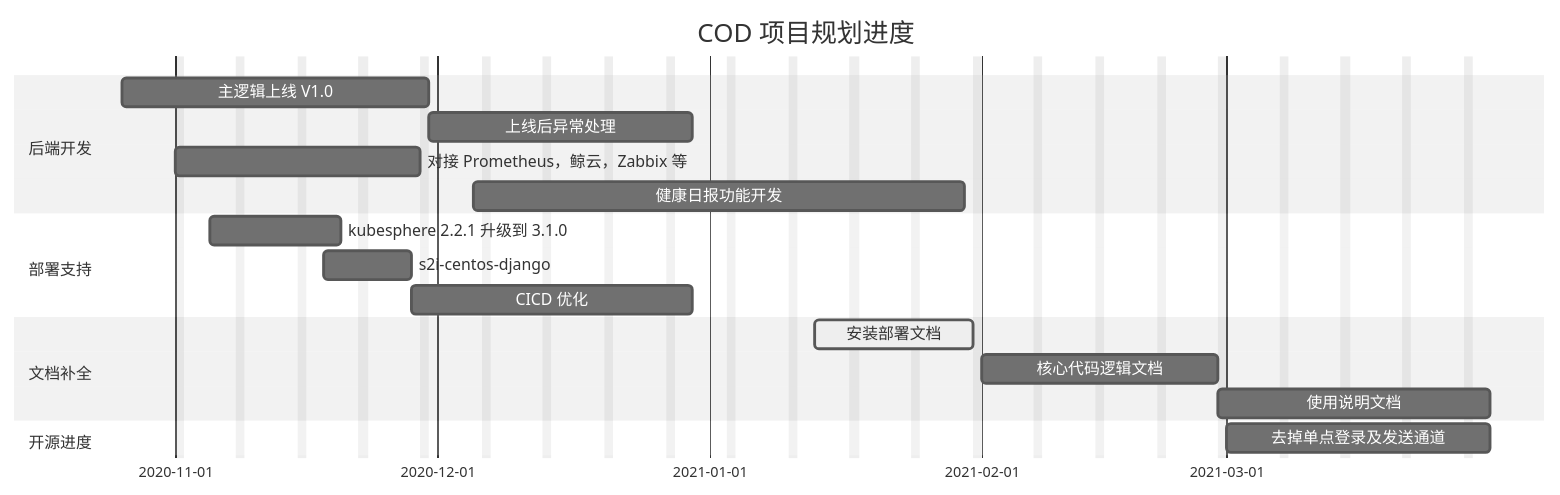
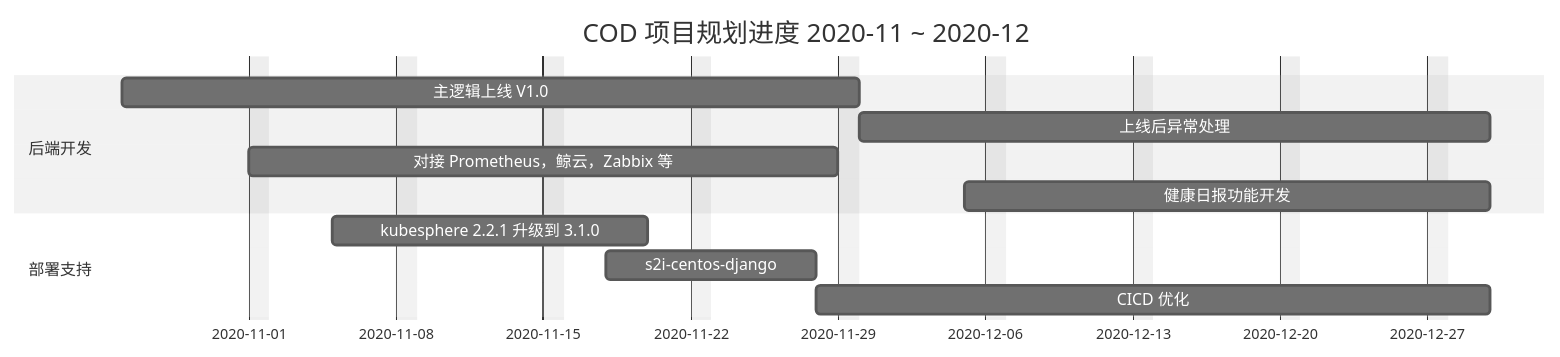
One commit to pyfs/cod changed the second of 2 diagrams in README.MD. Above: the diagram before and after it, drawn with Mermaid (neutral theme). The commit also changed other lines of this file and 3 other files, not shown here.

Commit message:
更新文档 1.readme文档增加甘特图 2.添加编译安装文档

````diff
--- a/README.MD
+++ b/README.MD
@@ -17,26 +44,18 @@
 ```mermaid
 gantt
-    title COD 项目规划进度
+    title COD 项目规划进度 2020-11 ~ 2020-12
     dateFormat  YYYY-MM-DD
     excludes Saturdayt, Sunday
     todayMarker stroke-width:5px,opacity:0.7
 
     section 后端开发
     主逻辑上线 V1.0    :masterv1, 2020-10-26, 2020-11-30
     上线后异常处理      :after masterv1, 2020-12-30
     对接 Prometheus，鲸云，Zabbix 等    :datasource, 2020-11-01, 2020-11-29
-    健康日报功能开发    :report, 2020-12-05, 2021-01-30
+    健康日报功能开发    :report, 2020-12-05, 2020-12-30
 
     section 部署支持
     kubesphere 2.2.1 升级到 3.1.0   :ksv2->v3, 2020-11-05,2020-11-20
     s2i-centos-django   :s2i-centos-django, 2020-11-18, 2020-11-28
     CICD 优化   :after s2i-centos-django, 2020-12-30
-
-    section 文档补全
-    安装部署文档    :active, 2021-01-13, 2021-01-31
-    核心代码逻辑文档    :code, 2021-02-01, 2021-02-28
-    使用说明文档    :after code, 2021-03-31
-    
-    section 开源进度
-    去掉单点登录及发送通道  :opensource, 2021-03-01, 2021-03-31
 ```
````
